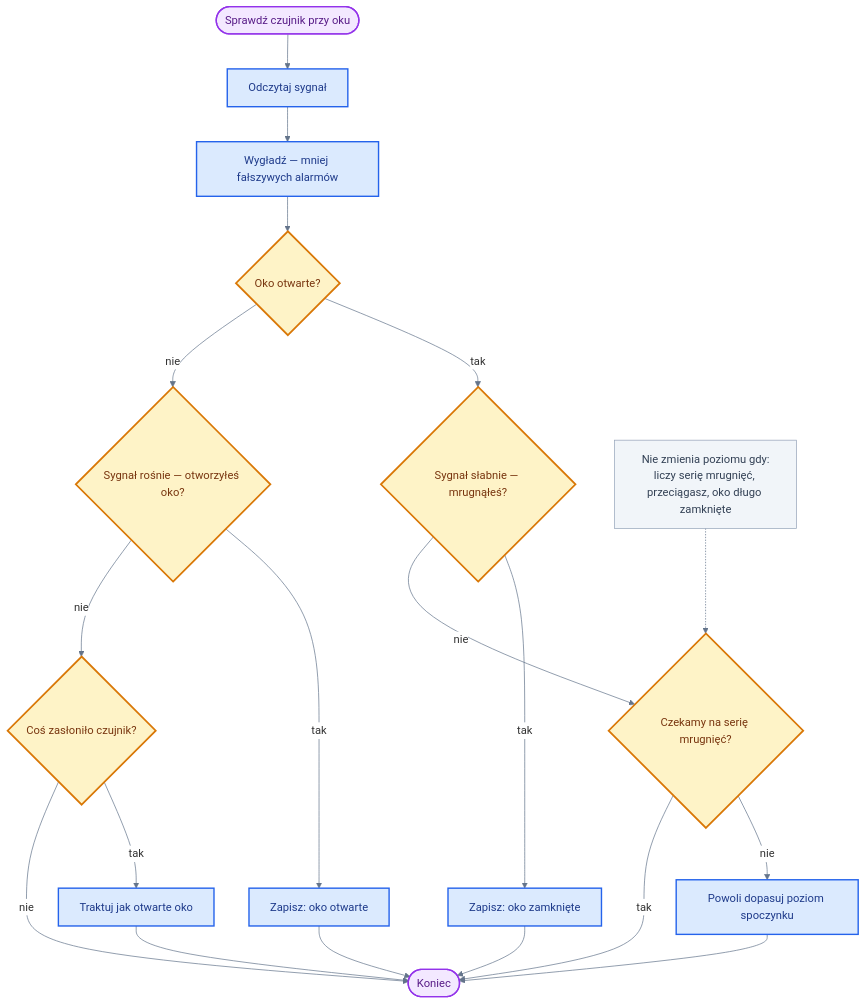
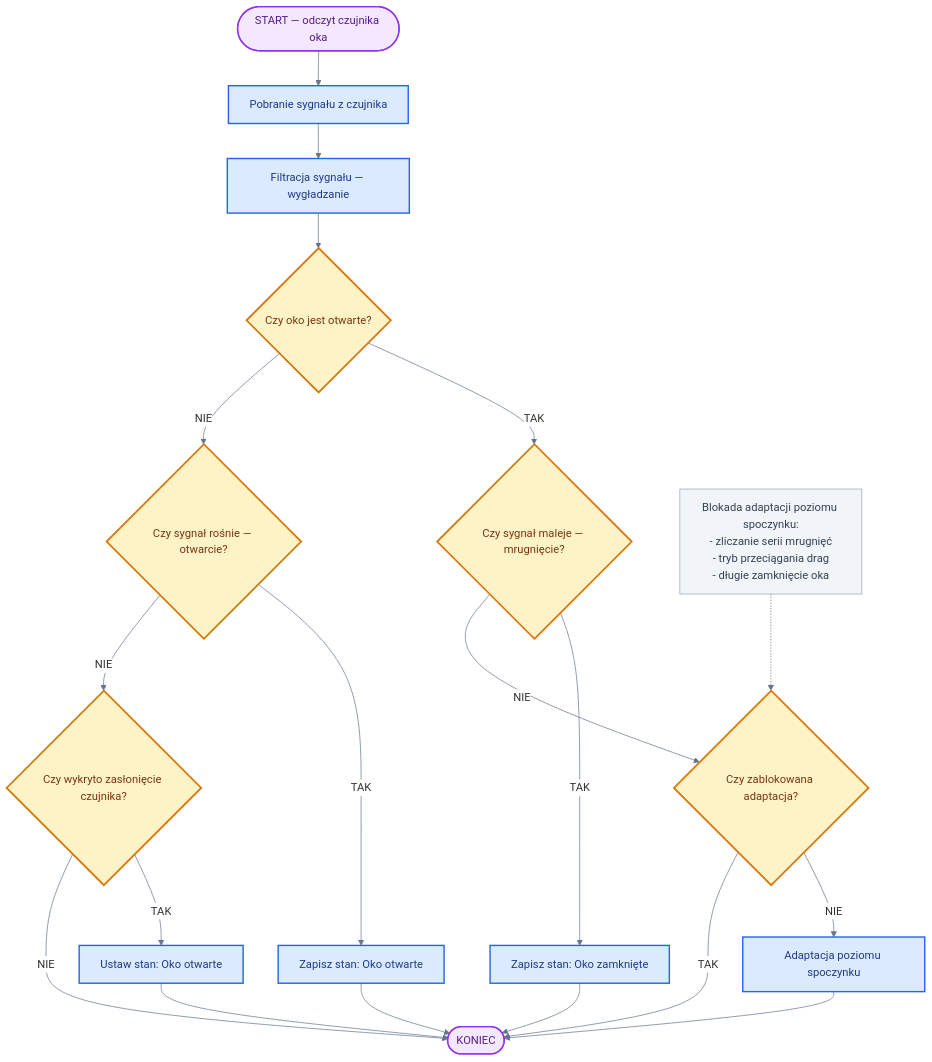
One commit to bartkadres-ai/HEFAS-4.0 changed the seventh of 10 diagrams in README.md. Above: the diagram before and after it, drawn with Mermaid. The commit also changed other lines of this file, not shown here.

````diff
--- a/README.md
+++ b/README.md
@@ -526,36 +526,36 @@
 ```mermaid
 %%{init: { 'theme': 'default', 'themeVariables': { 'darkMode': false, 'background': '#ffffff', 'mainBkg': '#ffffff', 'primaryColor': '#ffffff', 'secondaryColor': '#ffffff', 'tertiaryColor': '#ffffff', 'primaryTextColor': '#1e293b', 'secondaryTextColor': '#334155', 'lineColor': '#64748b', 'primaryBorderColor': '#94a3b8', 'clusterBkg': '#f1f5f9', 'clusterBorder': '#94a3b8', 'edgeLabelBackground': '#ffffff', 'noteBkgColor': '#f8fafc', 'noteTextColor': '#475569', 'fontFamily': 'arial' }}}%%
 flowchart TD
-    A([Sprawdź czujnik przy oku]) --> ADC[Odczytaj sygnał]
-    ADC --> EMA[Wygładź — mniej fałszywych alarmów]
+    A([START — odczyt czujnika oka]) --> ADC[Pobranie sygnału z czujnika]
+    ADC --> EMA[Filtracja sygnału — wygładzanie]
 
-    EMA --> OTW{Oko otwarte?}
+    EMA --> OTW{Czy oko jest otwarte?}
 
-    OTW -->|tak| TRIG{Sygnał słabnie — mrugnąłeś?}
-    TRIG -->|tak| ZAM[Zapisz: oko zamknięte]
-    TRIG -->|nie| FRZ{Czekamy na serię mrugnięć?}
-    FRZ -->|nie| ADAPT[Powoli dopasuj poziom spoczynku]
-    FRZ -->|tak| KON
+    OTW -->|TAK| TRIG{Czy sygnał maleje — mrugnięcie?}
+    TRIG -->|TAK| ZAM[Zapisz stan: Oko zamknięte]
+    TRIG -->|NIE| FRZ{Czy zablokowana adaptacja?}
+    FRZ -->|NIE| ADAPT[Adaptacja poziomu spoczynku]
+    FRZ -->|TAK| KON
 
-    OTW -->|nie| REL{Sygnał rośnie — otworzyłeś oko?}
-    REL -->|tak| OOTW[Zapisz: oko otwarte]
-    REL -->|nie| MECH{Coś zasłoniło czujnik?}
-    MECH -->|tak| MECHR[Traktuj jak otwarte oko]
-    MECH -->|nie| KON
+    OTW -->|NIE| REL{Czy sygnał rośnie — otwarcie?}
+    REL -->|TAK| OOTW[Zapisz stan: Oko otwarte]
+    REL -->|NIE| MECH{Czy wykryto zasłonięcie czujnika?}
+    MECH -->|TAK| MECHR[Ustaw stan: Oko otwarte]
+    MECH -->|NIE| KON
 
-    ZAM --> KON([Koniec])
+    ZAM --> KON([KONIEC])
     ADAPT --> KON
     OOTW --> KON
     MECHR --> KON
 
-    NOTE["Nie zmienia poziomu gdy:<br/>liczy serię mrugnięć, przeciągasz, oko długo zamknięte"] -.-> FRZ
+    NOTE["Blokada adaptacji poziomu spoczynku:<br>- zliczanie serii mrugnięć<br>- tryb przeciągania drag<br>- długie zamknięcie oka"] -.-> FRZ
 
     classDef startEnd fill:#f3e8ff,stroke:#9333ea,stroke-width:2px,color:#581c87
     classDef process fill:#dbeafe,stroke:#2563eb,stroke-width:2px,color:#1e3a8a
     classDef decision fill:#fef3c7,stroke:#d97706,stroke-width:2.5px,color:#78350f
     classDef note fill:#f1f5f9,stroke:#94a3b8,stroke-width:1px,color:#334155
     class A,KON startEnd
     class ADC,EMA,ZAM,ADAPT,OOTW,MECHR process
     class OTW,TRIG,FRZ,REL,MECH decision
     class NOTE note
 ```
````
